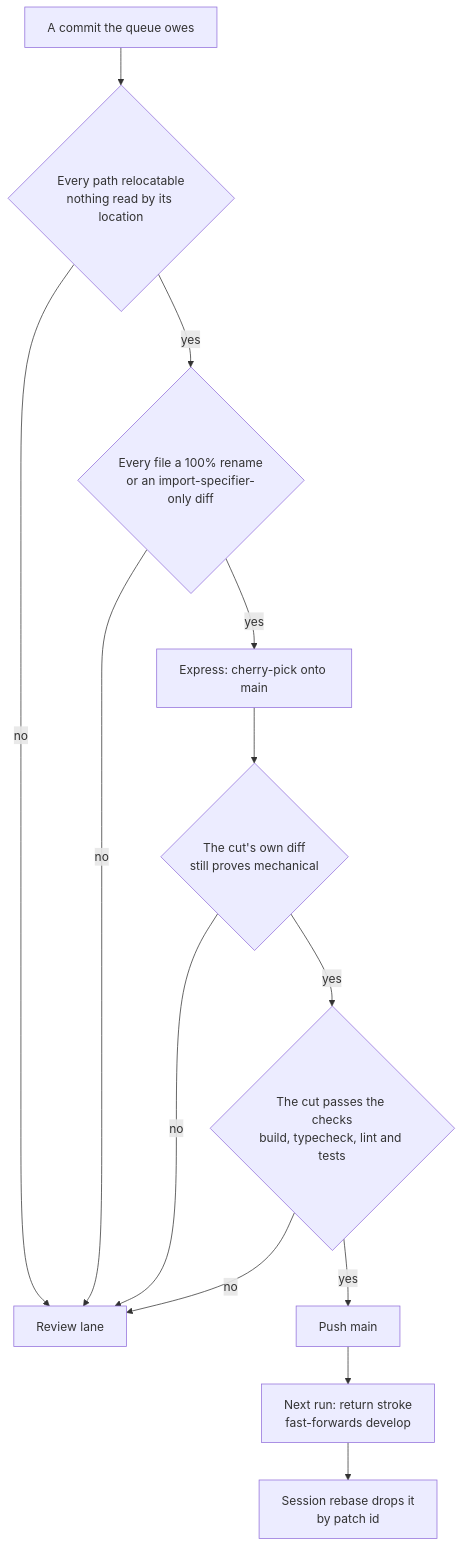
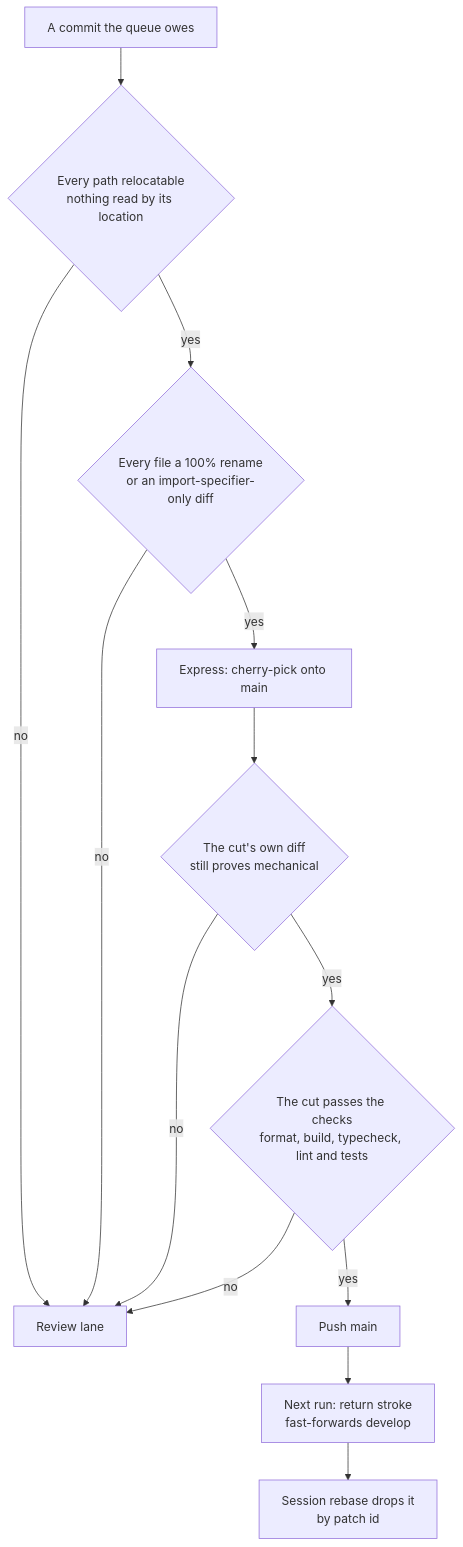
One commit to Esposter/Esposter changed the diagram in apps/web/content/docs/infra/review-collector/express-lane.md. Above: the diagram before and after it, drawn with Mermaid. The commit also changed other lines of this file and 5 other files, not shown here.

````diff
--- a/apps/web/content/docs/infra/review-collector/express-lane.md
+++ b/apps/web/content/docs/infra/review-collector/express-lane.md
@@ -17,15 +17,15 @@
 ```mermaid
 flowchart TD
   C[A commit the queue owes] --> L{Every path relocatable<br/>nothing read by its location}
   L -->|no| RV[Review lane]
   L -->|yes| D{Every file a 100% rename<br/>or an import-specifier-only diff}
   D -->|no| RV
   D -->|yes| EX[Express: cherry-pick onto main]
   EX --> P{The cut's own diff<br/>still proves mechanical}
   P -->|no| RV
-  P -->|yes| V{The cut passes the checks<br/>build, typecheck, lint and tests}
+  P -->|yes| V{The cut passes the checks<br/>format, build, typecheck, lint and tests}
   V -->|no| RV
   V -->|yes| PU[Push main]
   PU --> FF[Next run: return stroke<br/>fast-forwards develop]
   FF --> RB[Session rebase drops it<br/>by patch id]
 ```
````
